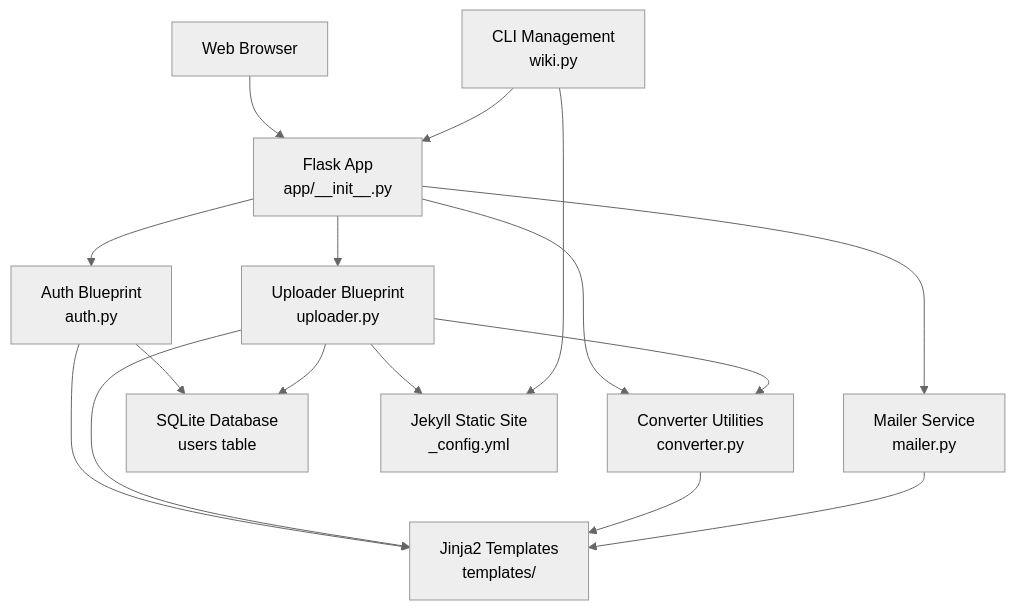
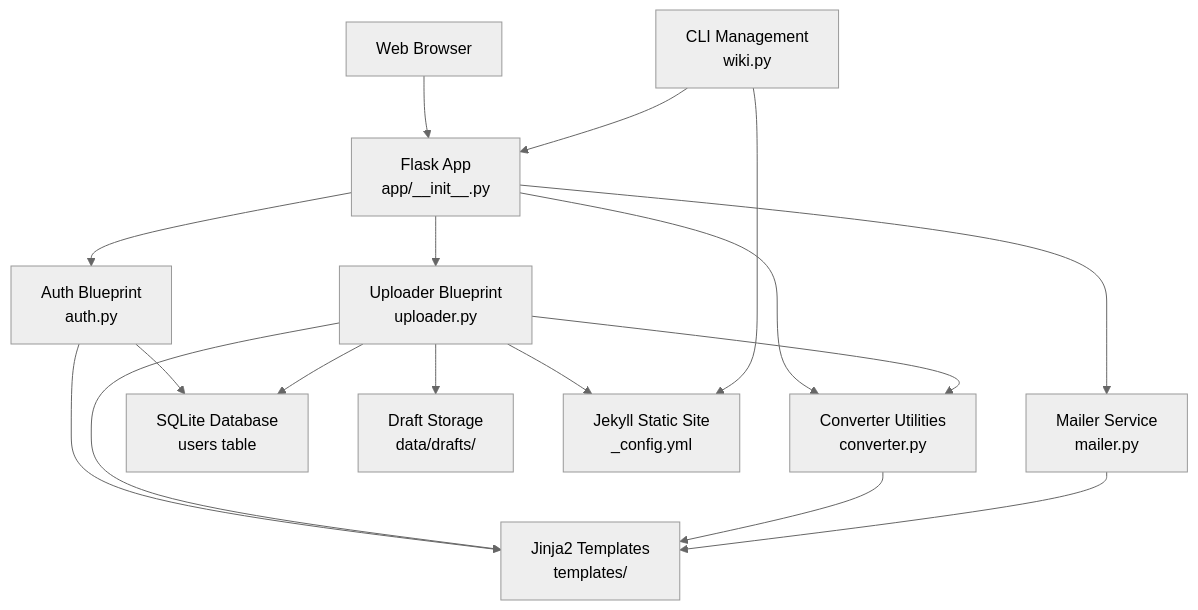
Before and after one commit to PolarisW007/PolaZhenJing: the second of 8 diagrams in .qoder/repowiki/en/content/Backend Application/Application Architecture.md, drawn with Mermaid (neutral theme). The commit also changed other lines of this file and 8 other files, not shown here.

````diff
--- a/.qoder/repowiki/en/content/Backend Application/Application Architecture.md
+++ b/.qoder/repowiki/en/content/Backend Application/Application Architecture.md
@@ -121,28 +123,30 @@
 ```mermaid
 graph TB
 Client["Web Browser"]
 FLASK["Flask App<br/>app/__init__.py"]
 AUTH["Auth Blueprint<br/>auth.py"]
 UP["Uploader Blueprint<br/>uploader.py"]
 CONV["Converter Utilities<br/>converter.py"]
 MAIL["Mailer Service<br/>mailer.py"]
 DB["SQLite Database<br/>users table"]
+DRAFT["Draft Storage<br/>data/drafts/"]
 TPL["Jinja2 Templates<br/>templates/"]
 JEKYLL["Jekyll Static Site<br/>_config.yml"]
 CLI["CLI Management<br/>wiki.py"]
 Client --> FLASK
 FLASK --> AUTH
 FLASK --> UP
 FLASK --> CONV
 FLASK --> MAIL
 AUTH --> DB
 UP --> DB
+UP --> DRAFT
 UP --> CONV
 UP --> JEKYLL
 AUTH --> TPL
 UP --> TPL
 CONV --> TPL
 MAIL --> TPL
 CLI --> JEKYLL
 CLI --> FLASK
 ```
````
